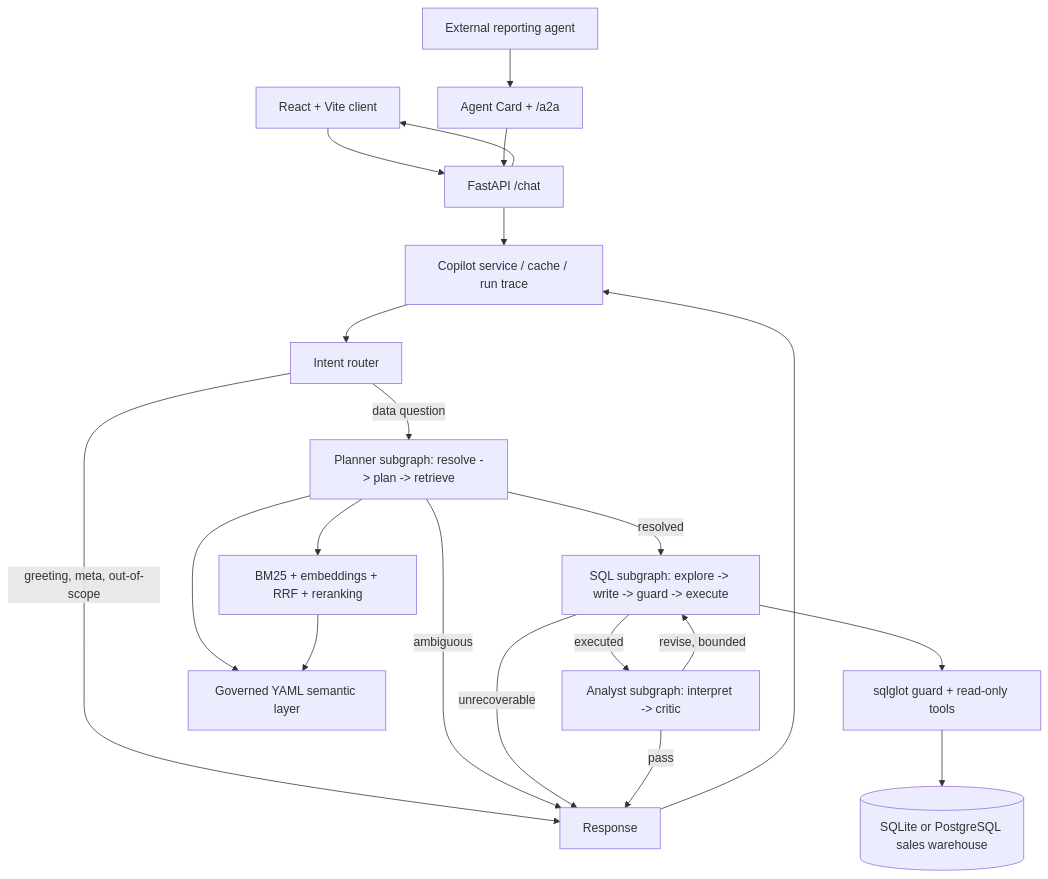
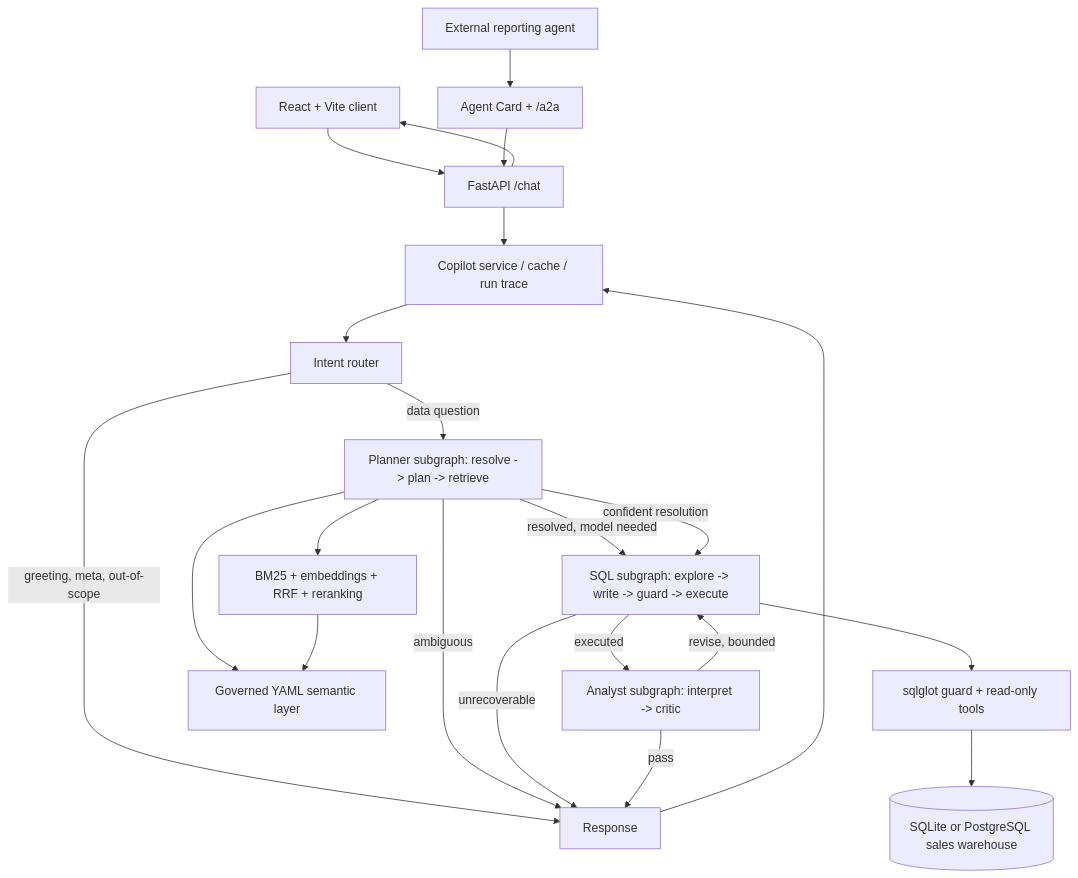
One commit to wenjun78/bicopilot changed the diagram in PROJECT_CASE_STUDY.md. Above: the diagram before and after it, drawn with Mermaid. The commit also changed other lines of this file and 5 other files, not shown here.

````diff
--- a/PROJECT_CASE_STUDY.md
+++ b/PROJECT_CASE_STUDY.md
@@ -73,23 +73,24 @@
 ```mermaid
 flowchart TD
     UI[React + Vite client] --> API[FastAPI /chat]
     Other[External reporting agent] --> A2A[Agent Card + /a2a]
     A2A --> API
     API --> Service[Copilot service / cache / run trace]
     Service --> Router[Intent router]
     Router -->|data question| Planner[Planner subgraph: resolve -> plan -> retrieve]
     Router -->|greeting, meta, out-of-scope| Response[Response]
     Planner -->|ambiguous| Response
-    Planner -->|resolved| SQL[SQL subgraph: explore -> write -> guard -> execute]
+    Planner -->|resolved, model needed| SQL[SQL subgraph: explore -> write -> guard -> execute]
+    Planner -->|confident resolution| SQL
     SQL -->|unrecoverable| Response
     SQL -->|executed| Analyst[Analyst subgraph: interpret -> critic]
     Analyst -->|revise, bounded| SQL
     Analyst -->|pass| Response
     Response --> Service
     Planner --> Sem[Governed YAML semantic layer]
     Planner --> Retrieval[BM25 + embeddings + RRF + reranking]
     Retrieval --> Sem
     SQL --> Guard[sqlglot guard + read-only tools]
     Guard --> DB[(SQLite or PostgreSQL sales warehouse)]
     API --> UI
 ```
````
